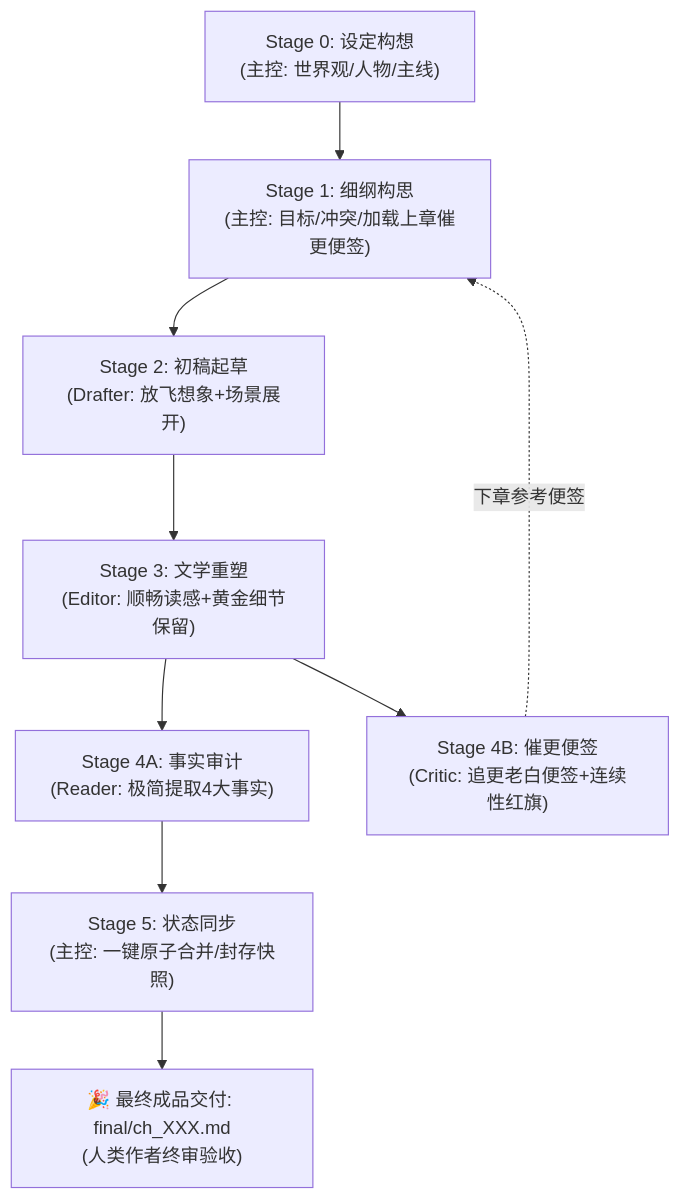
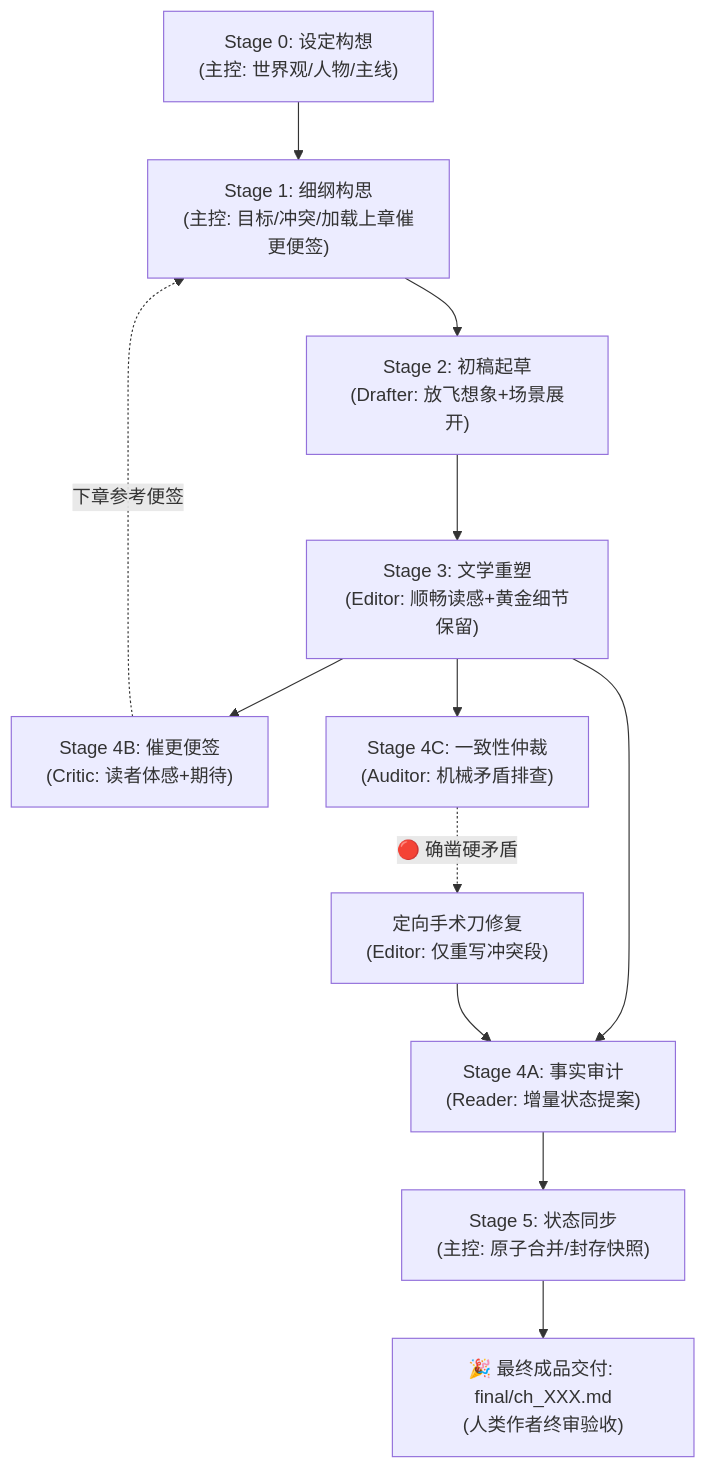
Before and after one commit to cg110902/NOVEL: the diagram in AGENTS.md, drawn with Mermaid. The commit also changed other lines of this file and 47 other files, not shown here.

````diff
--- a/AGENTS.md
+++ b/AGENTS.md
@@ -35,11 +37,14 @@
 ```mermaid
 graph TD
     S0["Stage 0: 设定构想<br/>(主控: 世界观/人物/主线)"] --> S1["Stage 1: 细纲构思<br/>(主控: 目标/冲突/加载上章催更便签)"]
     S1 --> S2["Stage 2: 初稿起草<br/>(Drafter: 放飞想象+场景展开)"]
     S2 --> S3["Stage 3: 文学重塑<br/>(Editor: 顺畅读感+黄金细节保留)"]
-    S3 --> S4A["Stage 4A: 事实审计<br/>(Reader: 极简提取4大事实)"]
-    S3 --> S4B["Stage 4B: 催更便签<br/>(Critic: 追更老白便签+连续性红旗)"]
-    S4A --> S5["Stage 5: 状态同步<br/>(主控: 一键原子合并/封存快照)"]
+    S3 --> S4A["Stage 4A: 事实审计<br/>(Reader: 增量状态提案)"]
+    S3 --> S4B["Stage 4B: 催更便签<br/>(Critic: 读者体感+期待)"]
+    S3 --> S4C["Stage 4C: 一致性仲裁<br/>(Auditor: 机械矛盾排查)"]
+    S4C -. "🔴 确凿硬矛盾" .-> S3Patch["定向手术刀修复<br/>(Editor: 仅重写冲突段)"]
+    S3Patch --> S4A
+    S4A --> S5["Stage 5: 状态同步<br/>(主控: 原子合并/封存快照)"]
     S4B -. "下章参考便签" .-> S1
     S5 --> S6["🎉 最终成品交付: final/ch_XXX.md<br/>(人类作者终审验收)"]
 ```
````
